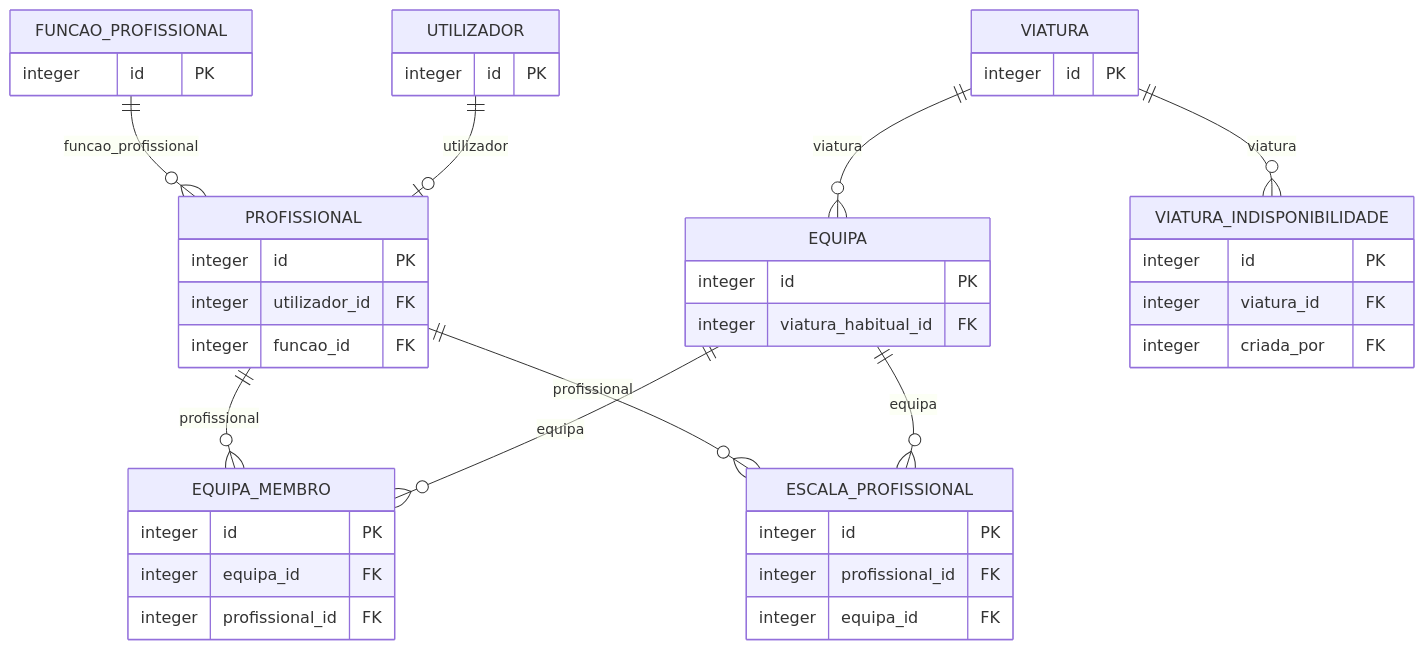
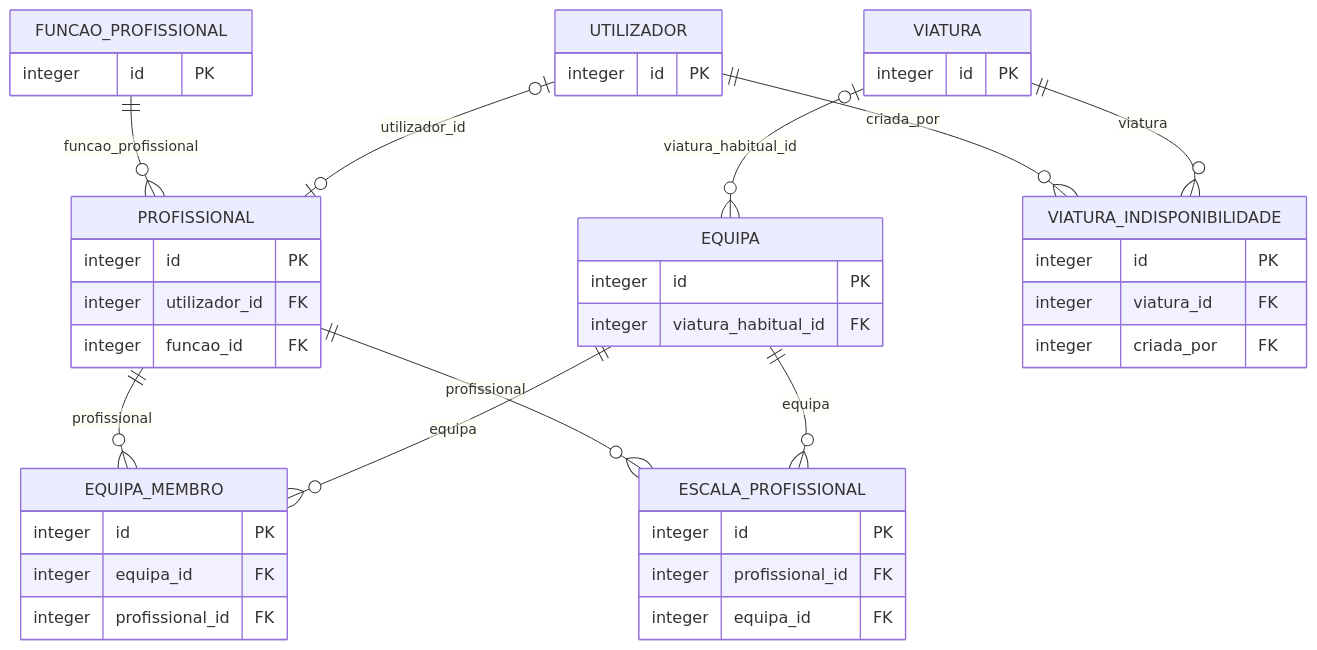
One commit to SalomaoCunha/ulsba-projeto-final changed the eighth of 11 diagrams in docs/modelo-dados.md. Above: the diagram before and after it, drawn with Mermaid. The commit also changed other lines of this file and 1 other file, not shown here.

````diff
--- a/docs/modelo-dados.md
+++ b/docs/modelo-dados.md
@@ -881,44 +894,45 @@
 ```mermaid
 erDiagram
     UTILIZADOR {
         integer id PK
     }
     FUNCAO_PROFISSIONAL {
         integer id PK
     }
     PROFISSIONAL {
         integer id PK
         integer utilizador_id FK
         integer funcao_id FK
     }
     EQUIPA {
         integer id PK
         integer viatura_habitual_id FK
     }
     EQUIPA_MEMBRO {
         integer id PK
         integer equipa_id FK
         integer profissional_id FK
     }
     ESCALA_PROFISSIONAL {
         integer id PK
         integer profissional_id FK
         integer equipa_id FK
     }
     VIATURA {
         integer id PK
     }
     VIATURA_INDISPONIBILIDADE {
         integer id PK
         integer viatura_id FK
         integer criada_por FK
     }
-    UTILIZADOR ||--o| PROFISSIONAL : "utilizador"
+    UTILIZADOR o|--o| PROFISSIONAL : "utilizador_id"
     FUNCAO_PROFISSIONAL ||--o{ PROFISSIONAL : "funcao_profissional"
     EQUIPA ||--o{ EQUIPA_MEMBRO : "equipa"
     PROFISSIONAL ||--o{ EQUIPA_MEMBRO : "profissional"
     EQUIPA ||--o{ ESCALA_PROFISSIONAL : "equipa"
     PROFISSIONAL ||--o{ ESCALA_PROFISSIONAL : "profissional"
-    VIATURA ||--o{ EQUIPA : "viatura"
+    VIATURA o|--o{ EQUIPA : "viatura_habitual_id"
     VIATURA ||--o{ VIATURA_INDISPONIBILIDADE : "viatura"
+    UTILIZADOR ||--o{ VIATURA_INDISPONIBILIDADE : "criada_por"
 ```
````
